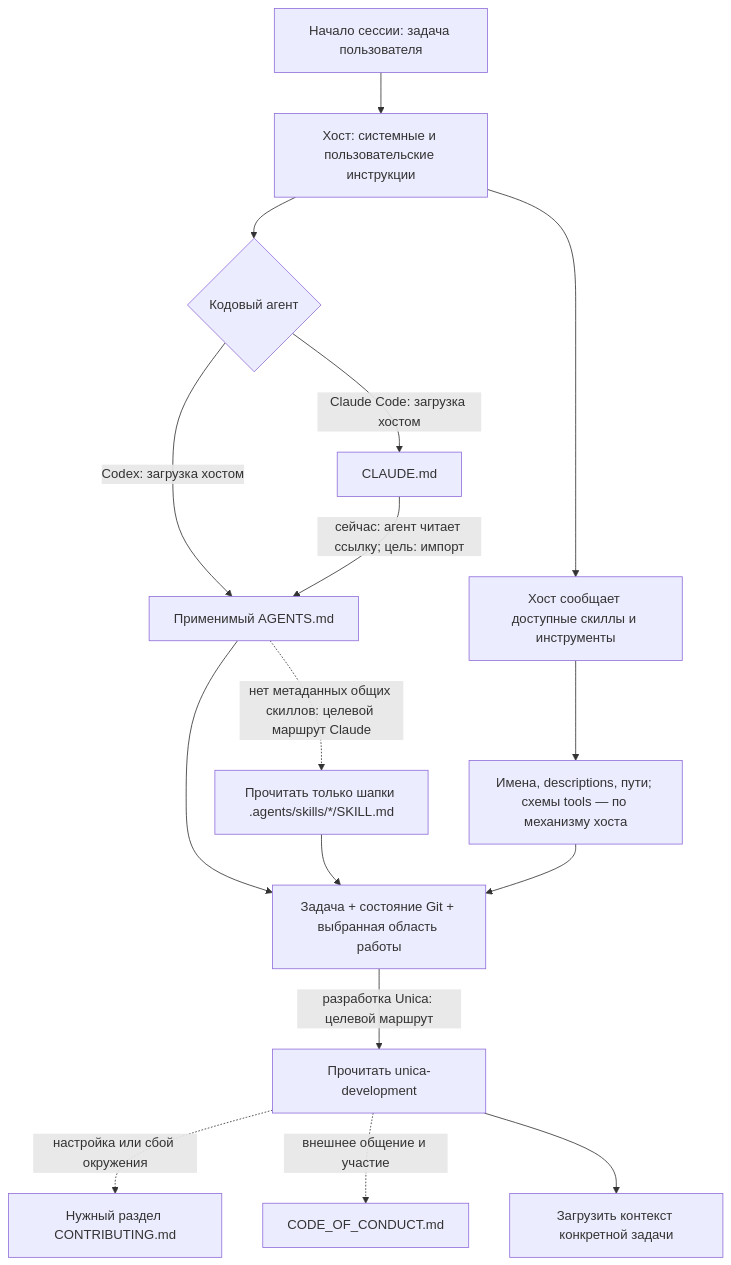
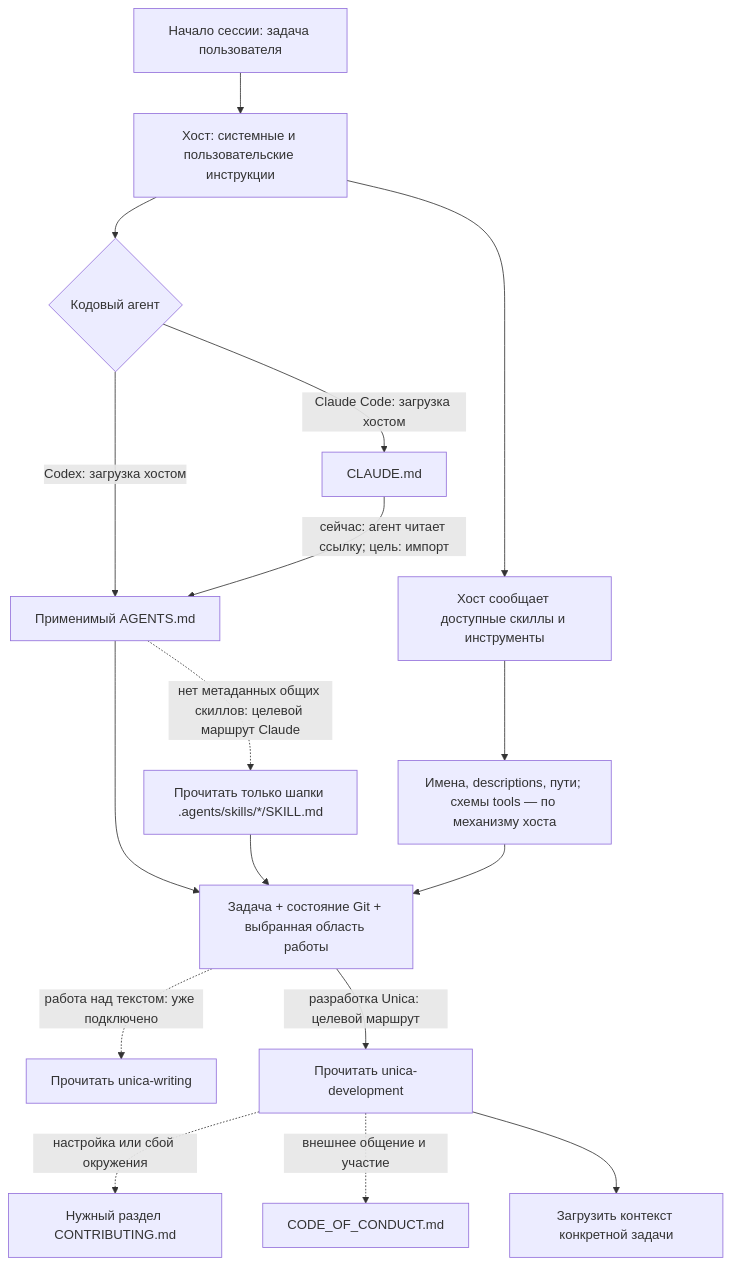
One commit to IngvarConsulting/unica changed the first of 2 diagrams in AI_DEV.md. Above: the diagram before and after it, drawn with Mermaid. The commit also changed other lines of this file and 3 other files, not shown here.

Commit message:
Add a shared writing skill for Unica documentation and development texts

````diff
--- a/AI_DEV.md
+++ b/AI_DEV.md
@@ -19,18 +20,19 @@
 ```mermaid
 flowchart TD
     S["Начало сессии: задача пользователя"] --> H["Хост: системные и пользовательские инструкции"]
     H --> C{"Кодовый агент"}
     C -->|"Codex: загрузка хостом"| A["Применимый AGENTS.md"]
     C -->|"Claude Code: загрузка хостом"| CL["CLAUDE.md"]
     CL -->|"сейчас: агент читает ссылку; цель: импорт"| A
     H --> M["Хост сообщает доступные скиллы и инструменты"]
     M --> META["Имена, descriptions, пути; схемы tools — по механизму хоста"]
     A --> Q["Задача + состояние Git + выбранная область работы"]
+    Q -.->|"работа над текстом: уже подключено"| W["Прочитать unica-writing"]
     META --> Q
     A -.->|"нет метаданных общих скиллов: целевой маршрут Claude"| FM["Прочитать только шапки .agents/skills/*/SKILL.md"]
     FM --> Q
     Q -->|"разработка Unica: целевой маршрут"| D["Прочитать unica-development"]
     D -.->|"настройка или сбой окружения"| ENV["Нужный раздел CONTRIBUTING.md"]
     D -.->|"внешнее общение и участие"| COC["CODE_OF_CONDUCT.md"]
     D --> WORK["Загрузить контекст конкретной задачи"]
 ```
````
